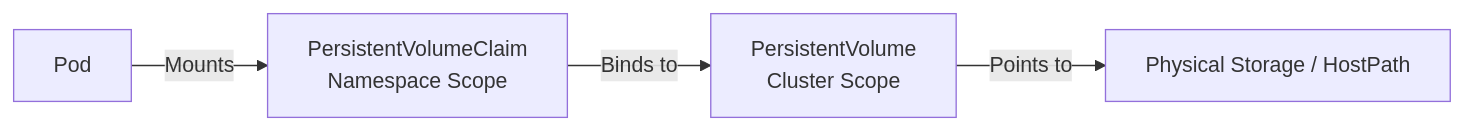
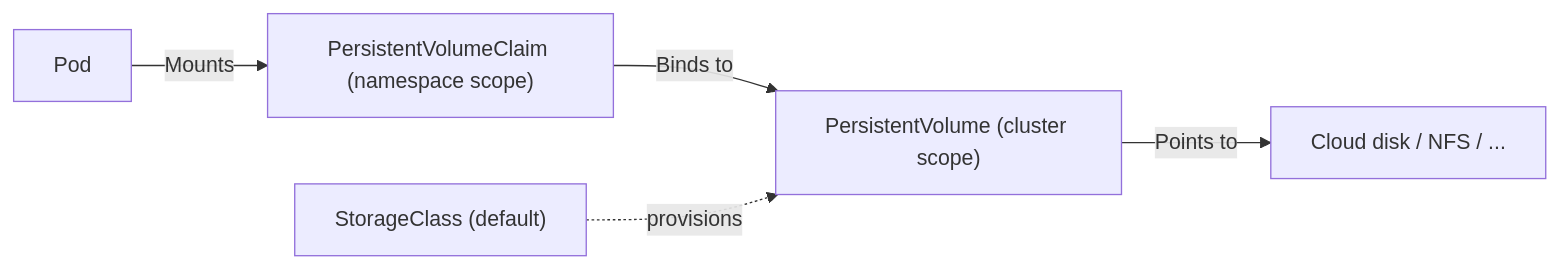
The diagram in section 5/README.md (amlcoftherockies/scaling-the-kubernetes-mountain), drawn with Mermaid before and after one commit. The commit also changed other lines of this file and 41 other files, not shown here.

Commit message:
Update Sections 3-6 for shared GKE cluster, cloud-neutral PVCs, and gVisor

````diff
--- a/section 5/README.md
+++ b/section 5/README.md
@@ -158,6 +163,7 @@
 ```mermaid
 graph LR
-    Pod[Pod] -->|Mounts| PVC[PersistentVolumeClaim <br> Namespace Scope]
-    PVC -->|Binds to| PV[PersistentVolume <br> Cluster Scope]
-    PV -->|Points to| Disk[Physical Storage / HostPath]
+    Pod[Pod] -->|Mounts| PVC["PersistentVolumeClaim (namespace scope)"]
+    PVC -->|Binds to| PV["PersistentVolume (cluster scope)"]
+    SC["StorageClass (default)"] -.->|provisions| PV
+    PV -->|Points to| Disk["Cloud disk / NFS / ..."]
 ```
````
